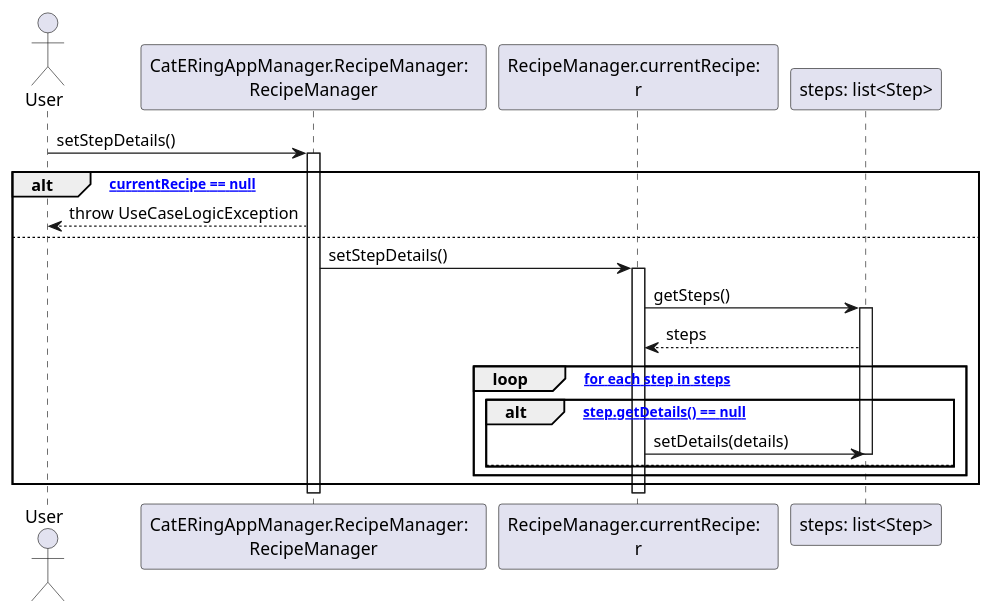
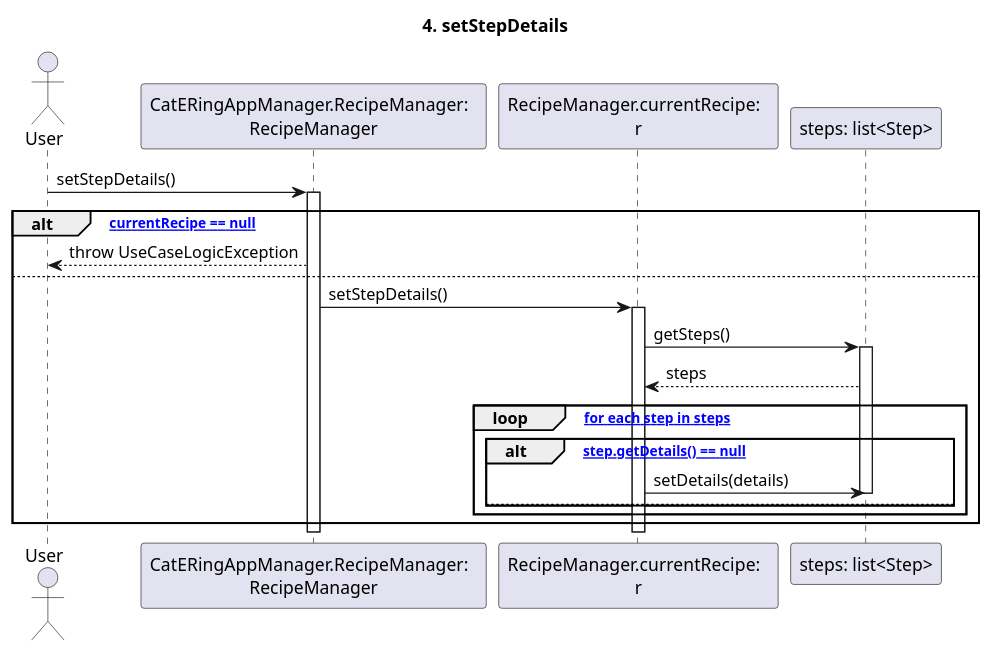
Before and after one commit to m0canu1/sas: the diagram in dsd/dsd-ricette/4-setStepDetails.md, drawn with PlantUML. The commit also changed 15 other files, not shown here.

````diff
--- a/dsd/dsd-ricette/4-setStepDetails.md
+++ b/dsd/dsd-ricette/4-setStepDetails.md
@@ -1,27 +1,30 @@
 ```plantuml
+
+title: 4. setStepDetails
+
 Actor User
 Participant "CatERingAppManager.RecipeManager:  \nRecipeManager" as RM
 Participant "RecipeManager.currentRecipe:  \nr" as CR
 
 
 User -> RM:setStepDetails()
 Activate RM
 alt ["currentRecipe == null"]
 	RM --> User: throw UseCaseLogicException
 else
     RM -> CR: setStepDetails()
     Activate CR
     CR -> "steps: list<Step>": getSteps()
     Activate "steps: list<Step>"
     "steps: list<Step>" --> CR: steps
     loop ["for each step in steps"]
         alt ["step.getDetails() == null"]
             CR -> "steps: list<Step>": setDetails(details)
             Deactivate "steps: list<Step>"
         else
         end
     end
 end
 Deactivate CR
 Deactivate RM
 ```
````
